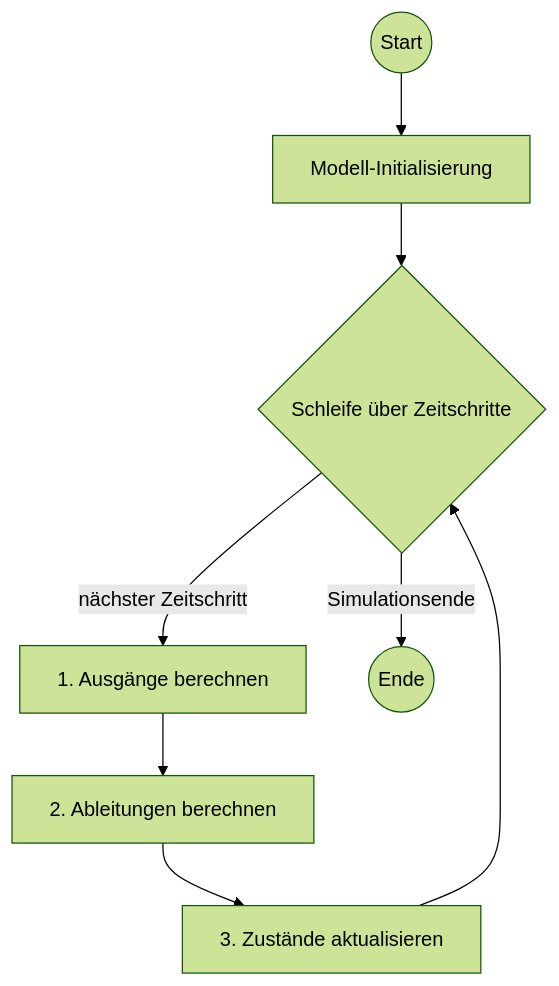
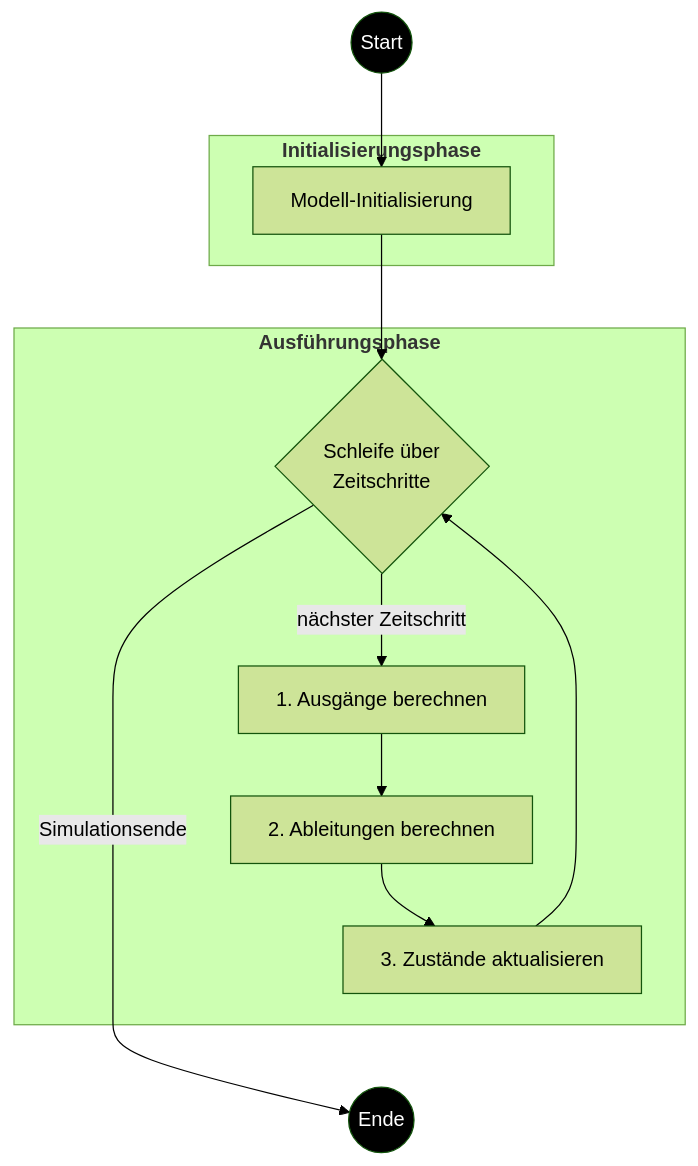
The diagram in Folien/02_Verhalten_und_Animationen/Diagramme/Simulationsphasen.mmd (ghackenberg/kurs-systems-engineering), drawn with Mermaid (forest theme) before and after one commit. The commit also changed 2 other files, not shown here.

```diff
--- a/Folien/02_Verhalten_und_Animationen/Diagramme/Simulationsphasen.mmd
+++ b/Folien/02_Verhalten_und_Animationen/Diagramme/Simulationsphasen.mmd
@@ -1,8 +1,23 @@
 flowchart TD
+    subgraph "<b>Initialisierungsphase</b>"
+        A
+    end
+    subgraph "<b>Ausführungsphase</b>"
+        B
+        C
+        D
+        E
+    end
+
     Start((Start)) --> A[Modell-Initialisierung];
-    A --> B{Schleife über Zeitschritte};
+    A --> B{Schleife über<br/>Zeitschritte};
     B -- nächster Zeitschritt --> C[1. Ausgänge berechnen];
     C --> D[2. Ableitungen berechnen];
     D --> E[3. Zustände aktualisieren];
     E --> B;
     B -- Simulationsende --> End((Ende));
+
+    E ~~~ End
+
+    style Start fill:black,color:white
+    style End fill:black,color:White
```
